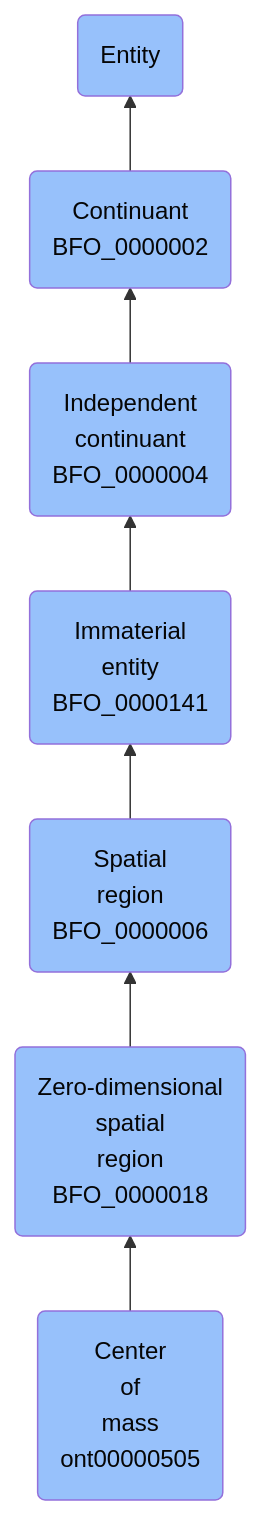
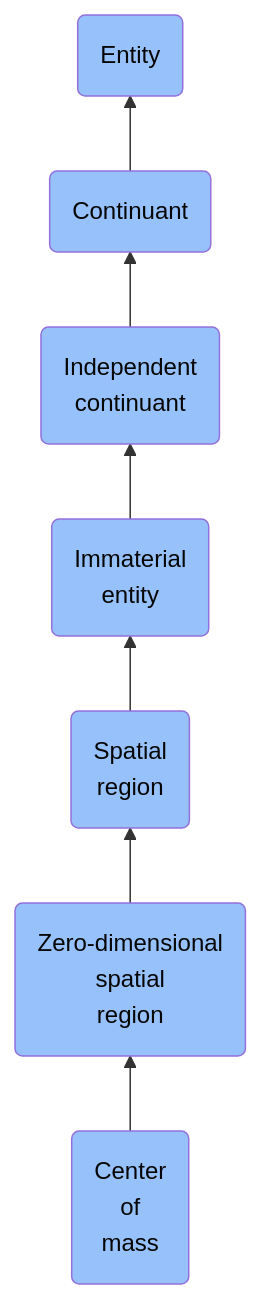
Before and after one commit to jupyter-naas/abi: the diagram in docs/ontology/reference/model/Entity/Continuant/Independent continuant/Immaterial entity/Spatial region/Zero-dimensional spatial region/Center of mass/Center of mass.md, drawn with Mermaid. The commit also changed other lines of this file and 1430 other files, not shown here.

````diff
--- a/docs/ontology/reference/model/Entity/Continuant/Independent continuant/Immaterial entity/Spatial region/Zero-dimensional spatial region/Center of mass/Center of mass.md
+++ b/docs/ontology/reference/model/Entity/Continuant/Independent continuant/Immaterial entity/Spatial region/Zero-dimensional spatial region/Center of mass/Center of mass.md
@@ -24,14 +24,14 @@
 ```mermaid
 graph BT
-    ont00000505(Center<br>of<br>mass<br>ont00000505):::BFO-->BFO_0000018
-    BFO_0000018(Zero-dimensional<br>spatial<br>region<br>BFO_0000018):::BFO-->BFO_0000006
-    BFO_0000006(Spatial<br>region<br>BFO_0000006):::BFO-->BFO_0000141
-    BFO_0000141(Immaterial<br>entity<br>BFO_0000141):::BFO-->BFO_0000004
-    BFO_0000004(Independent<br>continuant<br>BFO_0000004):::BFO-->BFO_0000002
-    BFO_0000002(Continuant<br>BFO_0000002):::BFO-->BFO_0000001
+    ont00000505(Center<br>of<br>mass):::BFO-->BFO_0000018
+    BFO_0000018(Zero-dimensional<br>spatial<br>region):::BFO-->BFO_0000006
+    BFO_0000006(Spatial<br>region):::BFO-->BFO_0000141
+    BFO_0000141(Immaterial<br>entity):::BFO-->BFO_0000004
+    BFO_0000004(Independent<br>continuant):::BFO-->BFO_0000002
+    BFO_0000002(Continuant):::BFO-->BFO_0000001
     BFO_0000001(Entity):::BFO
     
     classDef BFO fill:#97c1fb,color:#060606
     classDef CCO fill:#e4c51e,color:#060606
     classDef ABI fill:#48DD82,color:#060606
 ```
````
